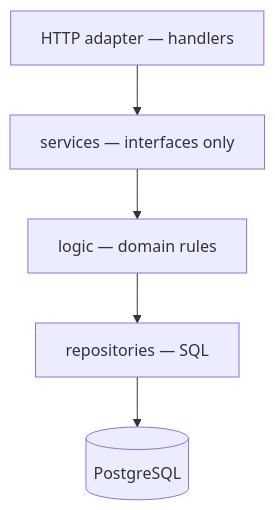
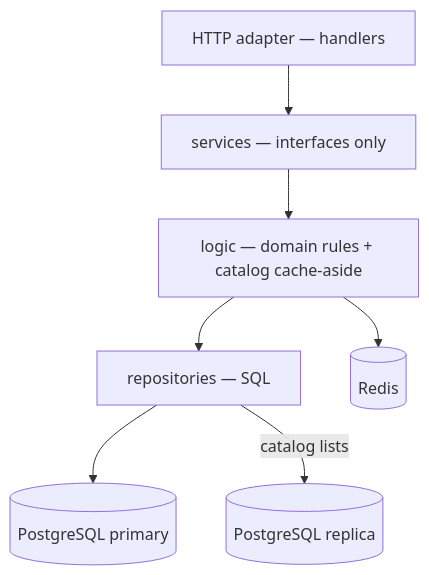
The second of 3 diagrams in docs/SYSTEM_DESIGN.md (nghialthanh/inventory_dashboard), drawn with Mermaid before and after one commit. The commit also changed other lines of this file and 64 other files, not shown here.

````diff
--- a/docs/SYSTEM_DESIGN.md
+++ b/docs/SYSTEM_DESIGN.md
@@ -32,13 +36,17 @@
 ```mermaid
 flowchart TB
   HTTP[HTTP adapter — handlers]
   IFACE[services — interfaces only]
-  LOGIC[logic — domain rules]
+  LOGIC[logic — domain rules + catalog cache-aside]
   REPO[repositories — SQL]
-  PG[(PostgreSQL)]
+  PG[(PostgreSQL primary)]
+  PGR[(PostgreSQL replica)]
+  Redis[(Redis)]
 
   HTTP --> IFACE
   IFACE --> LOGIC
   LOGIC --> REPO
+  LOGIC --> Redis
   REPO --> PG
+  REPO -->|catalog lists| PGR
 ```
````
